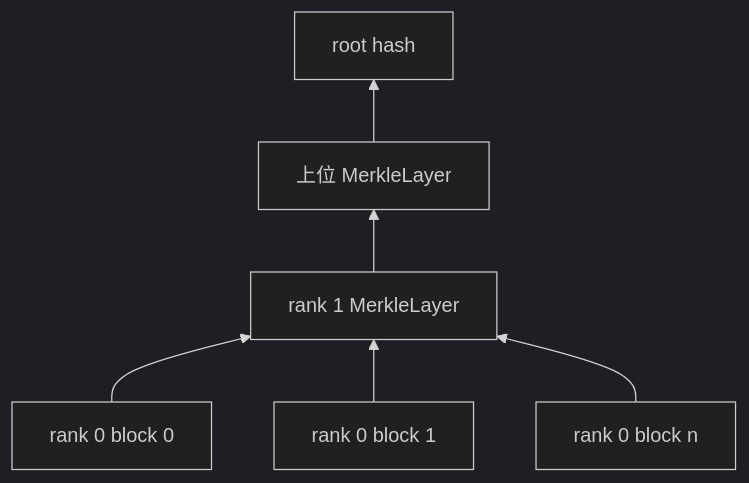
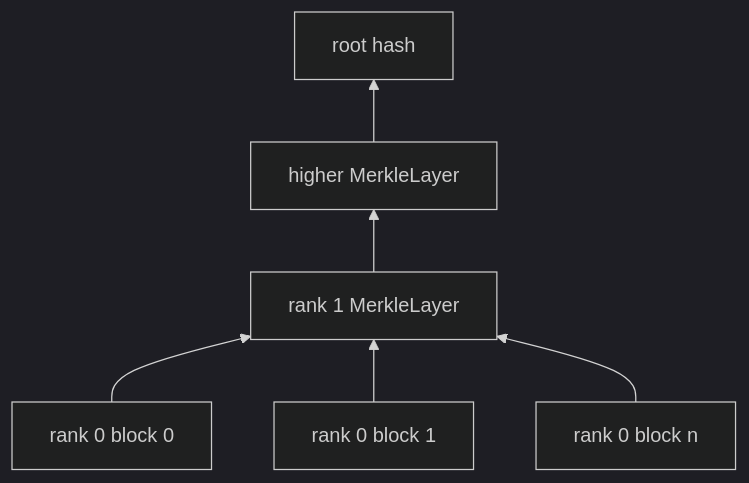
The first of 4 diagrams in docs/design/file-transfer.md (omnius-labs/axus), drawn with Mermaid (dark theme) before and after one commit. The commit also changed other lines of this file and 9 other files, not shown here.

````diff
--- a/docs/design/file-transfer.md
+++ b/docs/design/file-transfer.md
@@ -58,15 +58,15 @@
 ```mermaid
 flowchart BT
     B0[rank 0 block 0]
     B1[rank 0 block 1]
     BN[rank 0 block n]
     L1[rank 1 MerkleLayer]
-    LX[上位 MerkleLayer]
+    LX[higher MerkleLayer]
     Root[root hash]
 
     B0 --> L1
     B1 --> L1
     BN --> L1
     L1 --> LX
     LX --> Root
 ```
````
